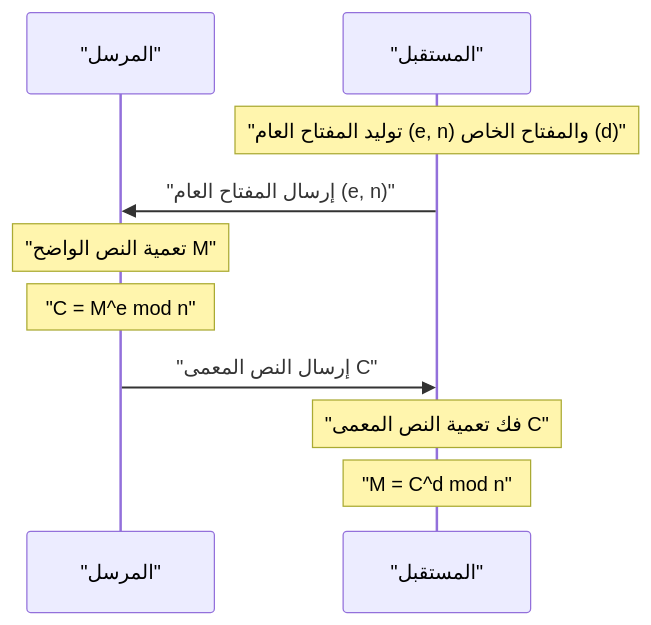
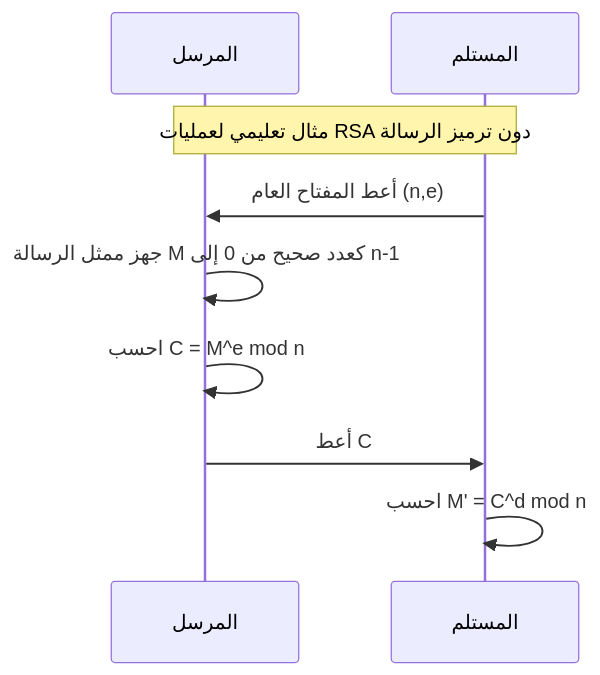
Before and after one commit to kenjinote/blog: the second of 2 diagrams in content/post/fermats-little-theorem/index.ar.md, drawn with Mermaid. The commit also changed other lines of this file and 5 other files, not shown here.

````diff
--- a/content/post/fermats-little-theorem/index.ar.md
+++ b/content/post/fermats-little-theorem/index.ar.md
@@ -101,12 +79,11 @@
 ```mermaid
 sequenceDiagram
-    participant Sender as "المرسل"
-    participant Receiver as "المستقبل"
-    Note over Receiver: "توليد المفتاح العام (e, n) والمفتاح الخاص (d)"
-    Receiver->>Sender: "إرسال المفتاح العام (e, n)"
-    Note over Sender: "تعمية النص الواضح M"
-    Note over Sender: "C = M^e mod n"
-    Sender->>Receiver: "إرسال النص المعمى C"
-    Note over Receiver: "فك تعمية النص المعمى C"
-    Note over Receiver: "M = C^d mod n"
+    participant Sender as المرسل
+    participant Receiver as المستلم
+    Note over Sender,Receiver: مثال تعليمي لعمليات RSA دون ترميز الرسالة
+    Receiver->>Sender: أعط المفتاح العام (n,e)
+    Sender->>Sender: جهز ممثل الرسالة M كعدد صحيح من 0 إلى n-1
+    Sender->>Sender: احسب C = M^e mod n
+    Sender->>Receiver: أعط C
+    Receiver->>Receiver: احسب M' = C^d mod n
 ```
````
